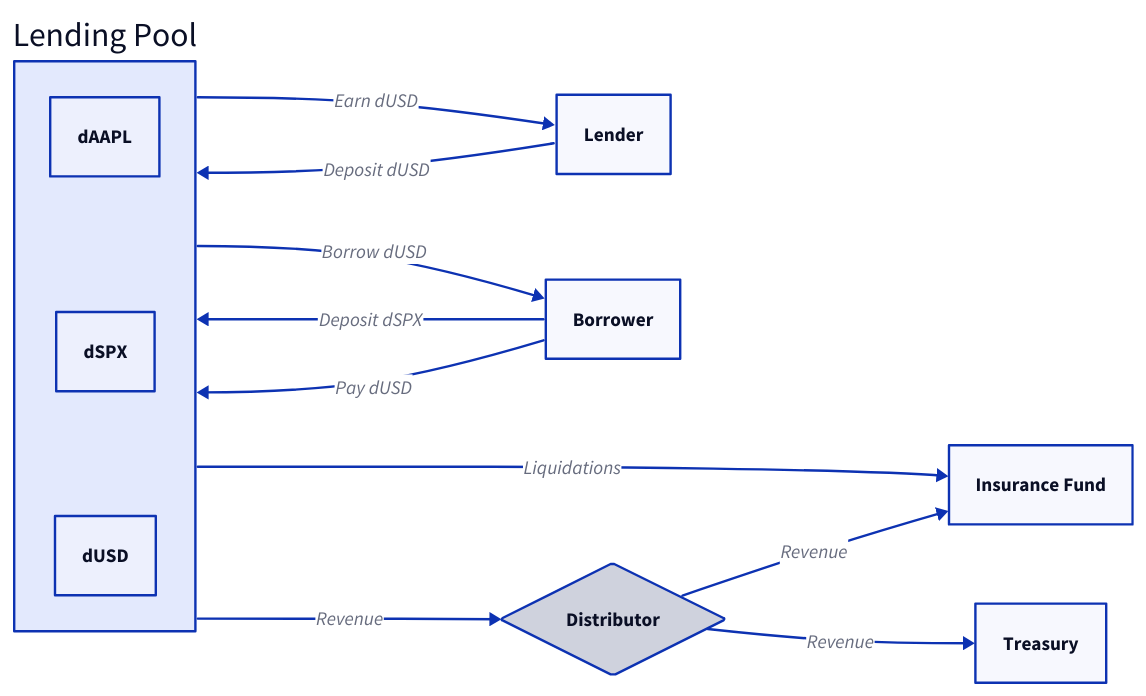
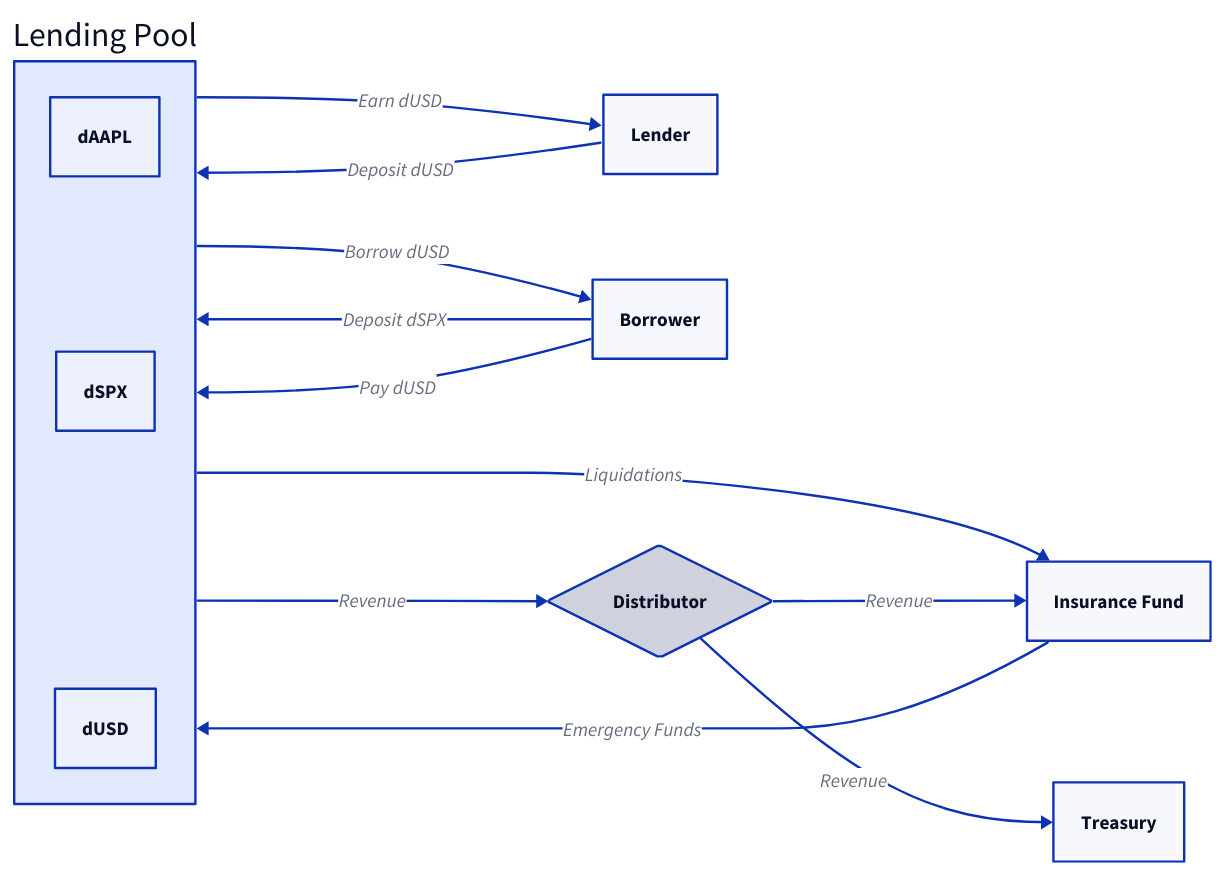
One commit to dinaricrypto/sbt-contracts changed the diagram in lending-pool.d2. Above: the diagram before and after it, drawn with D2.

```diff
--- a/lending-pool.d2
+++ b/lending-pool.d2
@@ -1,23 +1,25 @@
 direction: right
 
 Lending Pool: {
   dAAPL
   dSPX
   dUSD
 }
 Insurance Fund
 Lender
 Borrower
 Treasury
 Distributor
 Distributor.shape: diamond
 
-Lending Pool -> Insurance Fund: Liquidations
 Lender -> Lending Pool: Deposit dUSD
 Lending Pool -> Lender: Earn dUSD
 Borrower -> Lending Pool: Deposit dSPX
 Borrower -> Lending Pool: Pay dUSD
 Lending Pool -> Borrower: Borrow dUSD
+
+Lending Pool -> Insurance Fund: Liquidations
+Insurance Fund -> Lending Pool: Emergency Funds
 Lending Pool -> Distributor: Revenue
 Distributor -> Treasury: Revenue
 Distributor -> Insurance Fund: Revenue
```
